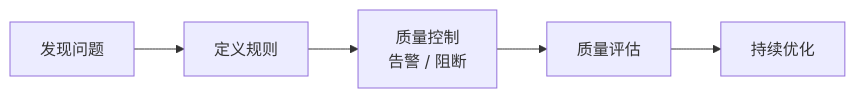
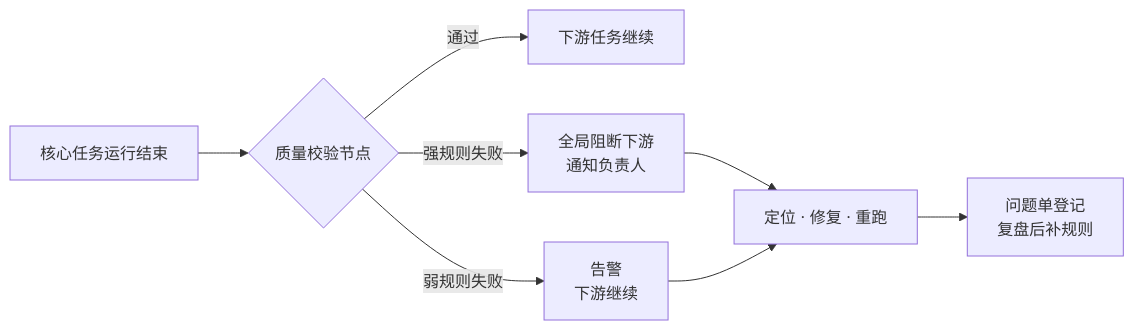
One commit to keanying/relevance changed the sixth of 17 diagrams in AI＋数据平台建设汇报_正文.md. Above: the diagram before and after it, drawn with Mermaid. The commit also changed other lines of this file and 1 other file, not shown here.

````diff
--- a/AI＋数据平台建设汇报_正文.md
+++ b/AI＋数据平台建设汇报_正文.md
@@ -153,4 +249,10 @@
 ```mermaid
 flowchart LR
-  Q1[发现问题] --> Q2[定义规则] --> Q3[质量控制<br/>告警 / 阻断] --> Q4[质量评估] --> Q5[持续优化]
+  T[核心任务运行结束] --> Q{质量校验节点}
+  Q -->|通过| N[下游任务继续]
+  Q -->|强规则失败| B[全局阻断下游<br/>通知负责人]
+  Q -->|弱规则失败| W[告警<br/>下游继续]
+  B --> F[定位 · 修复 · 重跑]
+  W --> F
+  F --> L[问题单登记<br/>复盘后补规则]
 ```
````
